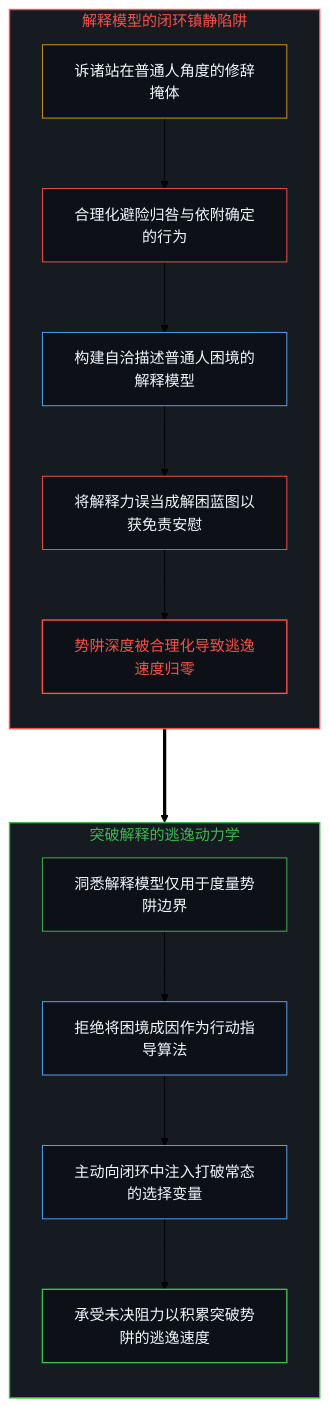
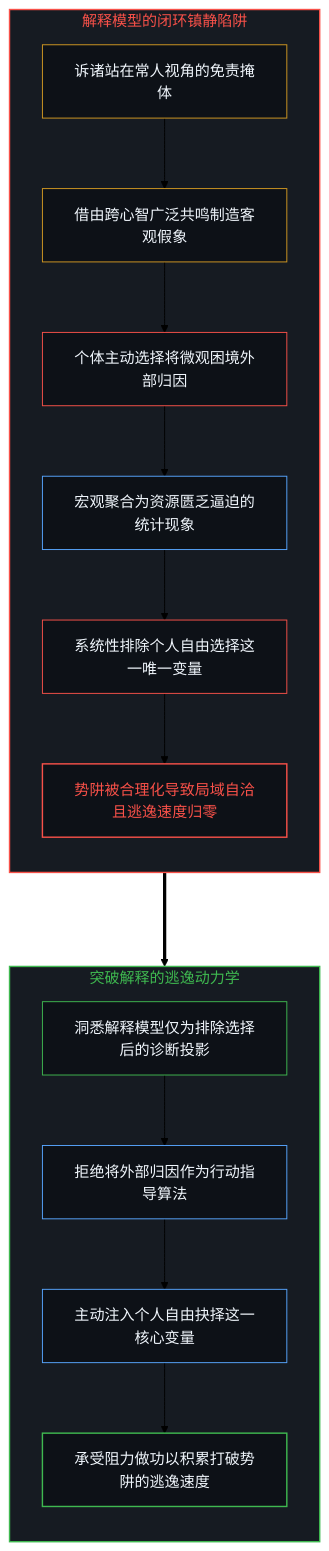
Before and after one commit to powerpig99/not-a-toe: the first of 10 diagrams in content/posts/the-explanatory-trap-of-the-ordinary-perspective.md, drawn with Mermaid (forest theme). The commit also changed other lines of this file and 3 other files, not shown here.

````diff
--- a/content/posts/the-explanatory-trap-of-the-ordinary-perspective.md
+++ b/content/posts/the-explanatory-trap-of-the-ordinary-perspective.md
@@ -15,31 +15,33 @@
 ```mermaid
 graph TD
     subgraph S_ExplanatorySedative ["解释模型的闭环镇静陷阱"]
         direction TB
-        E_Trope["诉诸站在普通人角度的修辞掩体"] --> E_Justify["合理化避险归咎与依附确定的行为"]
-        E_Justify --> E_Model["构建自洽描述普通人困境的解释模型"]
-        E_Model --> E_Sedative["将解释力误当成解困蓝图以获免责安慰"]
-        E_Sedative --> E_Lock["势阱深度被合理化导致逃逸速度归零"]
+        E_Trope["诉诸站在常人视角的免责掩体"] --> E_Resonance["借由跨心智广泛共鸣制造客观假象"]
+        E_Resonance --> E_Attribution["个体主动选择将微观困境外部归因"]
+        E_Attribution --> E_Macro["宏观聚合为资源匮乏逼迫的统计现象"]
+        E_Macro --> E_Filter["系统性排除个人自由选择这一唯一变量"]
+        E_Filter --> E_Lock["势阱被合理化导致局域自洽且逃逸速度归零"]
     end
 
     subgraph S_EscapeBreakthrough ["突破解释的逃逸动力学"]
         direction TB
-        B_Recognize["洞悉解释模型仅用于度量势阱边界"] --> B_Refuse["拒绝将困境成因作为行动指导算法"]
-        B_Refuse --> B_Inject["主动向闭环中注入打破常态的选择变量"]
-        B_Inject --> B_Thrust["承受未决阻力以积累突破势阱的逃逸速度"]
+        B_Recognize["洞悉解释模型仅为排除选择后的诊断投影"] --> B_Refuse["拒绝将外部归因作为行动指导算法"]
+        B_Refuse --> B_Inject["主动注入个人自由抉择这一核心变量"]
+        B_Inject --> B_Thrust["承受阻力做功以积累打破势阱的逃逸速度"]
     end
 
     E_Lock ===> B_Recognize
 
     style S_ExplanatorySedative fill:#161b22,stroke:#f85149,stroke-width:1.5px,color:#f85149
     style S_EscapeBreakthrough fill:#161b22,stroke:#3fb950,stroke-width:1.5px,color:#3fb950
     style E_Trope fill:#0d1117,stroke:#d29922,stroke-width:1px,color:#f0f6fc
-    style E_Justify fill:#0d1117,stroke:#f85149,stroke-width:1px,color:#f0f6fc
-    style E_Model fill:#0d1117,stroke:#58a6ff,stroke-width:1px,color:#f0f6fc
-    style E_Sedative fill:#0d1117,stroke:#f85149,stroke-width:1px,color:#f0f6fc
+    style E_Resonance fill:#0d1117,stroke:#d29922,stroke-width:1px,color:#f0f6fc
+    style E_Attribution fill:#0d1117,stroke:#f85149,stroke-width:1px,color:#f0f6fc
+    style E_Macro fill:#0d1117,stroke:#58a6ff,stroke-width:1px,color:#f0f6fc
+    style E_Filter fill:#0d1117,stroke:#f85149,stroke-width:1px,color:#f0f6fc
     style E_Lock fill:#0d1117,stroke:#f85149,stroke-width:1.5px,color:#f85149
     style B_Recognize fill:#0d1117,stroke:#3fb950,stroke-width:1px,color:#f0f6fc
     style B_Refuse fill:#0d1117,stroke:#58a6ff,stroke-width:1px,color:#f0f6fc
     style B_Inject fill:#0d1117,stroke:#58a6ff,stroke-width:1px,color:#f0f6fc
     style B_Thrust fill:#0d1117,stroke:#3fb950,stroke-width:1.5px,color:#f0f6fc
 ```
````
